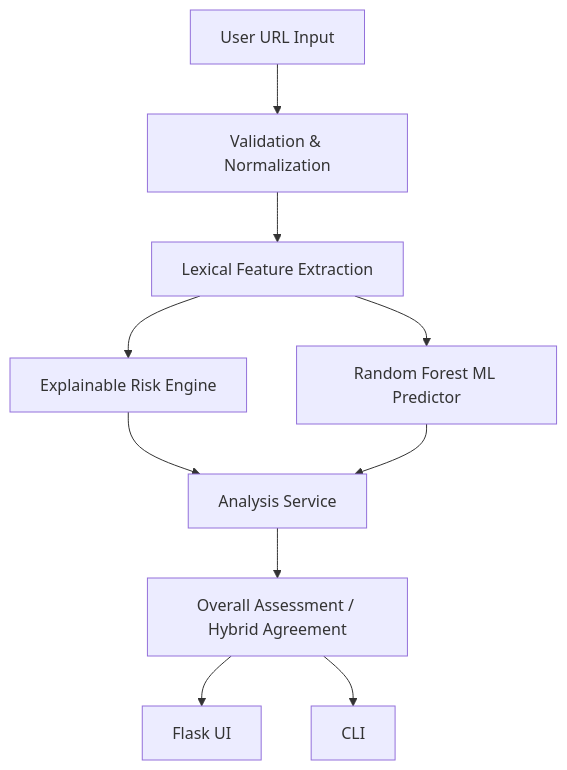
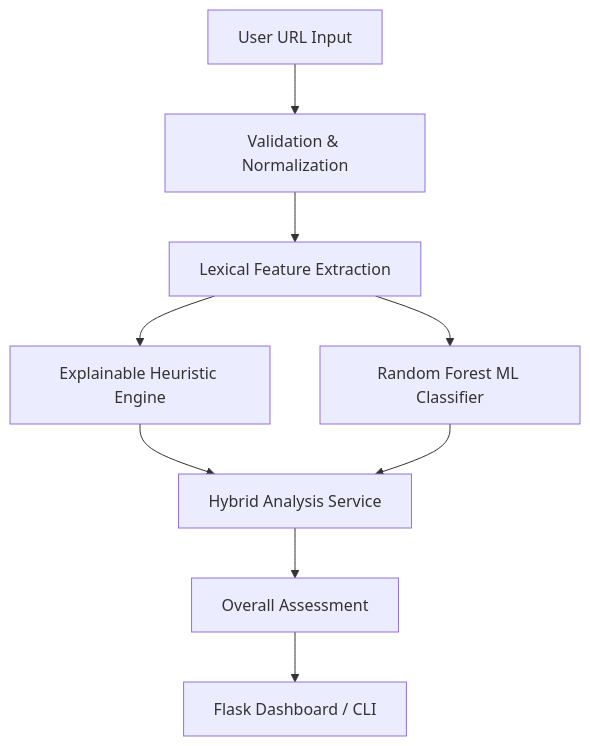
One commit to builtbyShay21/PhishGuard changed the diagram in README.md. Above: the diagram before and after it, drawn with Mermaid. The commit also changed other lines of this file and 5 other files, not shown here.

````diff
--- a/README.md
+++ b/README.md
@@ -45,16 +41,15 @@
 ```mermaid
 graph TD
     A[User URL Input] --> B[Validation & Normalization]
     B --> C[Lexical Feature Extraction]
     
-    C --> D[Explainable Risk Engine]
-    C --> E[Random Forest ML Predictor]
+    C --> D[Explainable Heuristic Engine]
+    C --> E[Random Forest ML Classifier]
     
-    D --> F[Analysis Service]
+    D --> F[Hybrid Analysis Service]
     E --> F
     
-    F --> G[Overall Assessment / Hybrid Agreement]
+    F --> G[Overall Assessment]
     
-    G --> H[Flask UI]
-    G --> I[CLI]
+    G --> H[Flask Dashboard / CLI]
 ```
````
